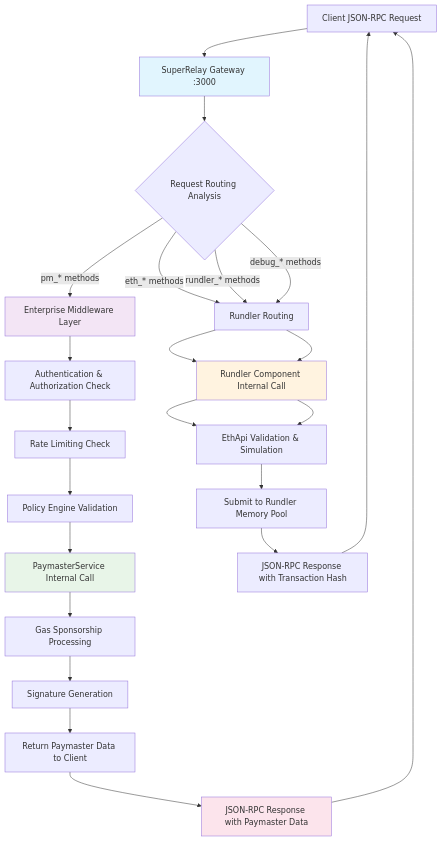
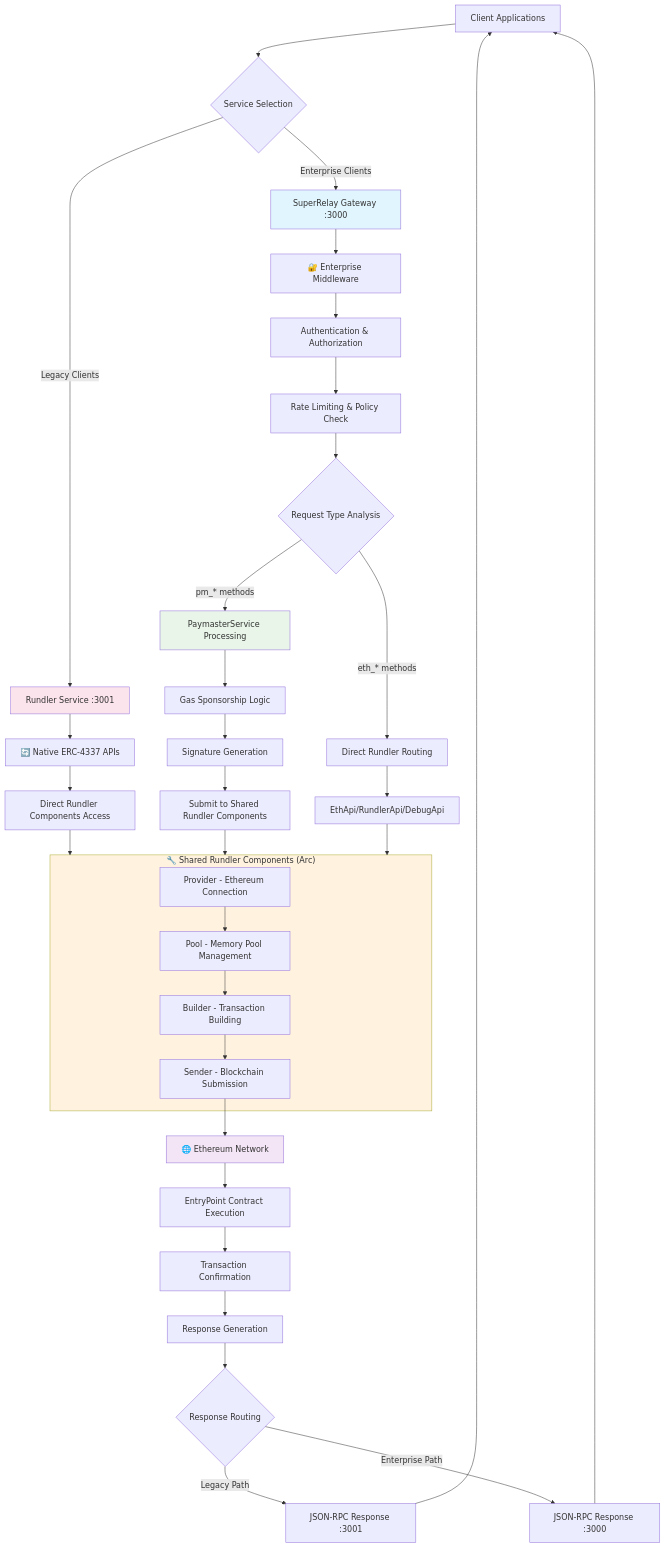
One commit to AAStarCommunity/SuperRelay changed the diagram in README.md. Above: the diagram before and after it, drawn with Mermaid. The commit also changed other lines of this file and 23 other files, not shown here.

````diff
--- a/README.md
+++ b/README.md
@@ -19,37 +19,57 @@
 ```mermaid
 graph TD
-    A[Client JSON-RPC Request] --> B[SuperRelay Gateway :3000]
-    B --> C{Request Routing Analysis}
+    A[Client Applications] --> B{Service Selection}
 
-    C -->|pm_* methods| D[Enterprise Middleware Layer]
-    C -->|eth_* methods| H[Rundler Routing]
-    C -->|rundler_* methods| H
-    C -->|debug_* methods| H
+    B -->|Legacy Clients| C[Rundler Service :3001]
+    B -->|Enterprise Clients| D[SuperRelay Gateway :3000]
 
-    D --> E[Authentication & Authorization Check]
-    E --> F[Rate Limiting Check]
-    F --> G[Policy Engine Validation]
-    G --> I[PaymasterService Internal Call]
+    C --> C1[🔄 Native ERC-4337 APIs]
+    C1 --> C2[Direct Rundler Components Access]
 
-    H --> J[Rundler Component Internal Call]
-    J --> K[EthApi/RundlerApi/DebugApi]
+    D --> D1[🔐 Enterprise Middleware]
+    D1 --> D2[Authentication & Authorization]
+    D2 --> D3[Rate Limiting & Policy Check]
+    D3 --> D4{Request Type Analysis}
 
-    I --> L[Gas Sponsorship Processing]
-    L --> M[Signature Generation]
-    M --> N[Return Paymaster Data to Client]
+    D4 -->|pm_* methods| E[PaymasterService Processing]
+    D4 -->|eth_* methods| F[Direct Rundler Routing]
 
-    H --> J[Rundler Component Internal Call]
-    J --> K[EthApi Validation & Simulation]
-    K --> O[Submit to Rundler Memory Pool]
+    E --> E1[Gas Sponsorship Logic]
+    E1 --> E2[Signature Generation]
+    E2 --> E3[Submit to Shared Rundler Components]
 
-    N --> P[JSON-RPC Response with Paymaster Data]
-    O --> Q[JSON-RPC Response with Transaction Hash]
+    F --> F1[EthApi/RundlerApi/DebugApi]
+
+    subgraph SHARED["🔧 Shared Rundler Components (Arc<T>)"]
+        G[Provider - Ethereum Connection]
+        H[Pool - Memory Pool Management]
+        I[Builder - Transaction Building]
+        J[Sender - Blockchain Submission]
+        G --> H
+        H --> I
+        I --> J
+    end
+
+    C2 --> SHARED
+    E3 --> SHARED
+    F1 --> SHARED
+
+    J --> K[🌐 Ethereum Network]
+    K --> L[EntryPoint Contract Execution]
+
+    L --> M[Transaction Confirmation]
+    M --> N[Response Generation]
+
+    N --> O{Response Routing}
+    O -->|Legacy Path| P[JSON-RPC Response :3001]
+    O -->|Enterprise Path| Q[JSON-RPC Response :3000]
+
     P --> A
     Q --> A
 
-    style B fill:#e1f5fe
-    style D fill:#f3e5f5
-    style I fill:#e8f5e8
-    style J fill:#fff3e0
-    style P fill:#fce4ec
+    style D fill:#e1f5fe
+    style E fill:#e8f5e8
+    style SHARED fill:#fff3e0
+    style K fill:#f3e5f5
+    style C fill:#fce4ec
 ```
````
